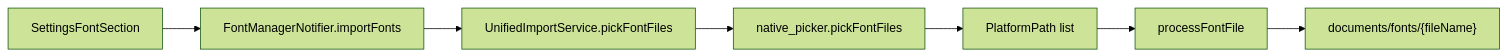
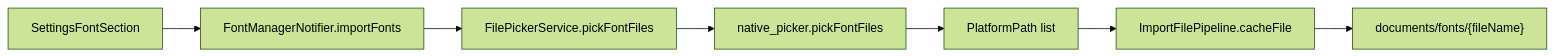
One commit to MilkFeng/lumina changed the second of 2 diagrams in docs/AGENTS/MULTIPLATFORM_ARCHITECTURE.md. Above: the diagram before and after it, drawn with Mermaid (forest theme). The commit also changed other lines of this file and 28 other files, not shown here.

````diff
--- a/docs/AGENTS/MULTIPLATFORM_ARCHITECTURE.md
+++ b/docs/AGENTS/MULTIPLATFORM_ARCHITECTURE.md
@@ -230,9 +238,9 @@
 ```mermaid
 flowchart LR
   UI["SettingsFontSection"] --> Notifier["FontManagerNotifier.importFonts"]
-  Notifier --> Unified["UnifiedImportService.pickFontFiles"]
-  Unified --> Native["native_picker.pickFontFiles"]
+  Notifier --> Picker["FilePickerService.pickFontFiles"]
+  Picker --> Native["native_picker.pickFontFiles"]
   Native --> Paths["PlatformPath list"]
-  Paths --> Cache["processFontFile"]
+  Paths --> Cache["ImportFilePipeline.cacheFile"]
   Cache --> Fonts["documents/fonts/{fileName}"]
 ```
````
